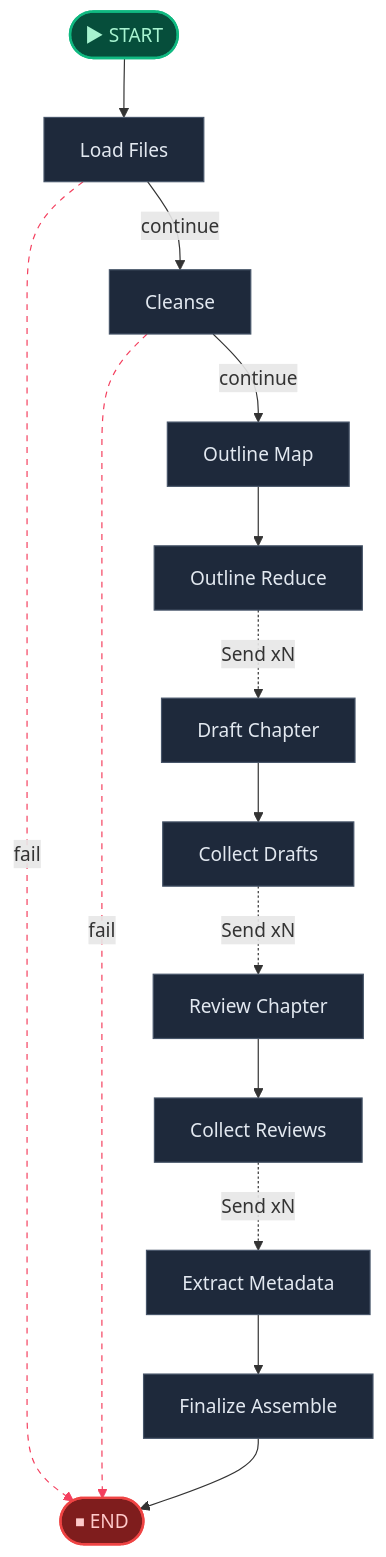
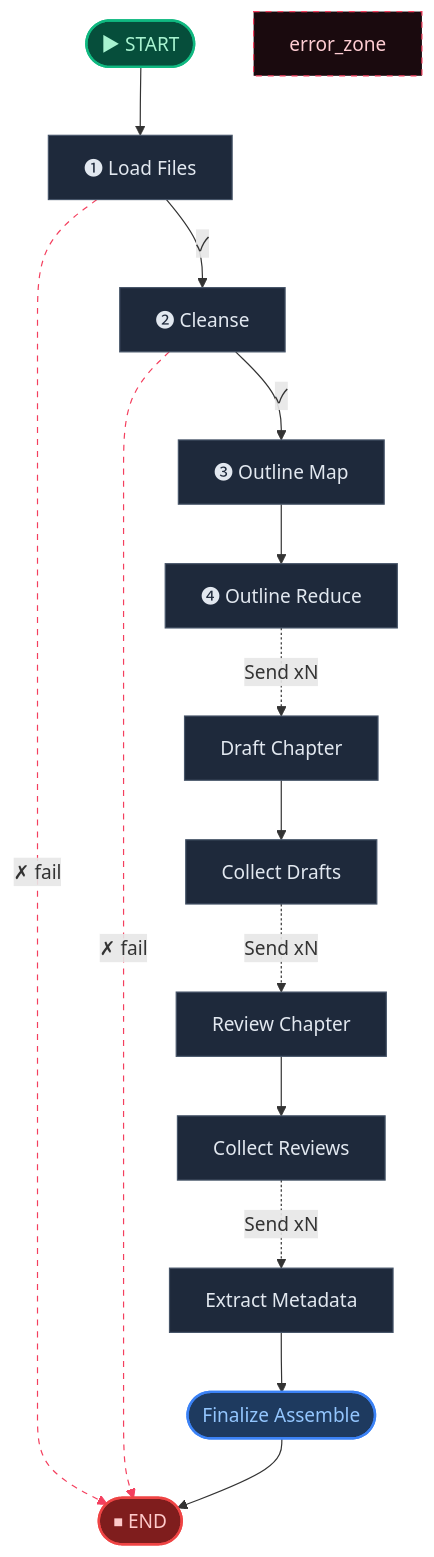
One commit to aiteachme/AITeachMe changed the second of 4 diagrams in backend/scripts/.generated_workflow_diagrams/digest.md. Above: the diagram before and after it, drawn with Mermaid. The commit also changed other lines of this file and 6 other files, not shown here.

````diff
--- a/backend/scripts/.generated_workflow_diagrams/digest.md
+++ b/backend/scripts/.generated_workflow_diagrams/digest.md
@@ -53,40 +74,43 @@
 ```mermaid
 flowchart TD
     __start__(["▶ START"])
-    load_files["Load Files"]
-    cleanse["Cleanse"]
-    outline_map["Outline Map"]
-    outline_reduce["Outline Reduce"]
+    load_files["❶ Load Files"]
+    cleanse["❷ Cleanse"]
+    outline_map["❸ Outline Map"]
+    outline_reduce["❹ Outline Reduce"]
     draft_chapter["Draft Chapter"]
     collect_drafts["Collect Drafts"]
     review_chapter["Review Chapter"]
     collect_reviews["Collect Reviews"]
     extract_metadata["Extract Metadata"]
-    finalize_assemble["Finalize Assemble"]
+    finalize_assemble(["Finalize Assemble"])
     __end__(["⏹ END"])
 
     __start__ --> load_files
-    cleanse -. fail .-> __end__
-    cleanse -->|"continue"| outline_map
-    load_files -. fail .-> __end__
-    load_files -->|"continue"| cleanse
+    cleanse -. "✗ fail" .-> __end__
+    cleanse -->|"✓"| outline_map
+    load_files -. "✗ fail" .-> __end__
+    load_files -->|"✓"| cleanse
     outline_map --> outline_reduce
 
     %% Fan-out / Send edges
     outline_reduce -. Send xN .-> draft_chapter
     draft_chapter --> collect_drafts
     collect_drafts -. Send xN .-> review_chapter
     review_chapter --> collect_reviews
     collect_reviews -. Send xN .-> extract_metadata
     extract_metadata --> finalize_assemble
     finalize_assemble --> __end__
 
     %% ── Styling ──
     classDef startCls fill:#064e3b,stroke:#10b981,stroke-width:2px,color:#a7f3d0
     classDef endCls fill:#7f1d1d,stroke:#ef4444,stroke-width:2px,color:#fecaca
     classDef failCls fill:#4c0519,stroke:#f43f5e,stroke-width:2px,color:#fecdd3
+    classDef termCls fill:#1e3a5f,stroke:#3b82f6,stroke-width:2px,color:#93c5fd
     classDef default fill:#1e293b,stroke:#475569,stroke-width:1px,color:#e2e8f0
+    style error_zone fill:#1a0a0e,stroke:#f43f5e,stroke-width:1px,color:#fecdd3,stroke-dasharray:5
     class __start__ startCls
+    class finalize_assemble termCls
     class __end__ endCls
     linkStyle 1,3 stroke:#f43f5e,stroke-dasharray:5
 ```
````
